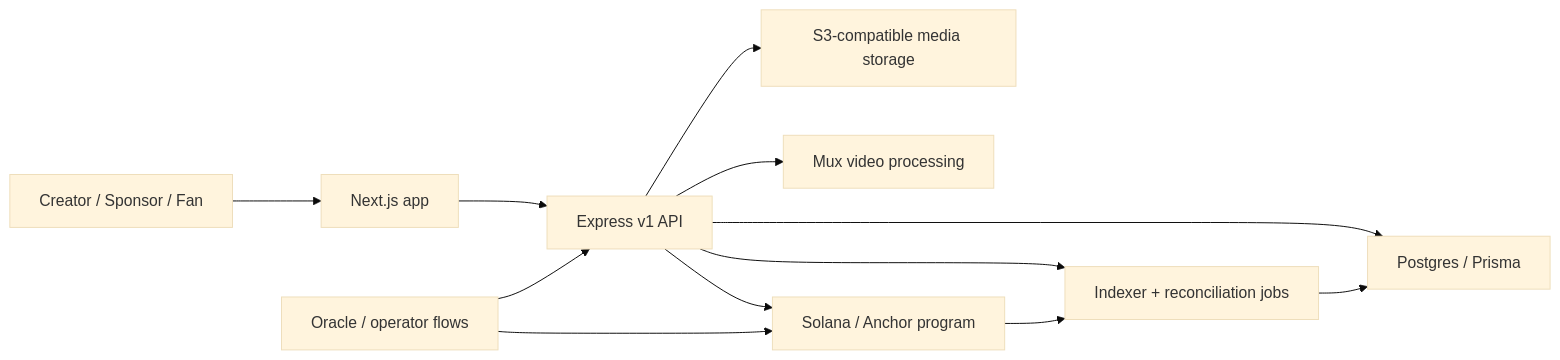
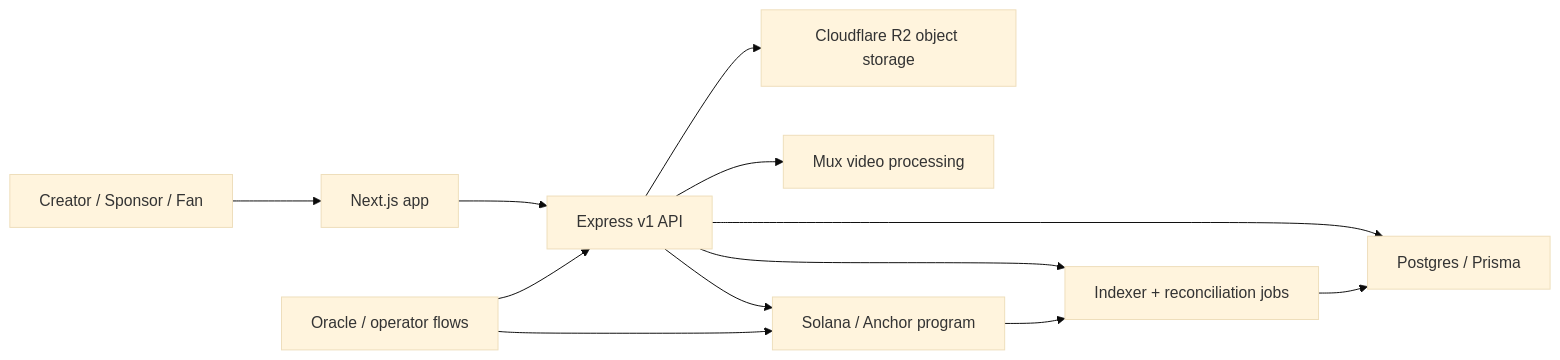
Before and after one commit to Carstin520/StreamPump: the diagram in README.md, drawn with Mermaid (base theme). The commit also changed other lines of this file and 8 other files, not shown here.

````diff
--- a/README.md
+++ b/README.md
@@ -79,14 +79,14 @@
 ```mermaid
 flowchart LR
   Creator["Creator / Sponsor / Fan"] --> App["Next.js app"]
   App --> API["Express v1 API"]
   API --> DB["Postgres / Prisma"]
-  API --> Storage["S3-compatible media storage"]
+  API --> Storage["Cloudflare R2 object storage"]
   API --> Mux["Mux video processing"]
   API --> Indexer["Indexer + reconciliation jobs"]
   API --> Solana["Solana / Anchor program"]
   Oracle["Oracle / operator flows"] --> API
   Oracle --> Solana
   Solana --> Indexer
   Indexer --> DB
 ```
````
